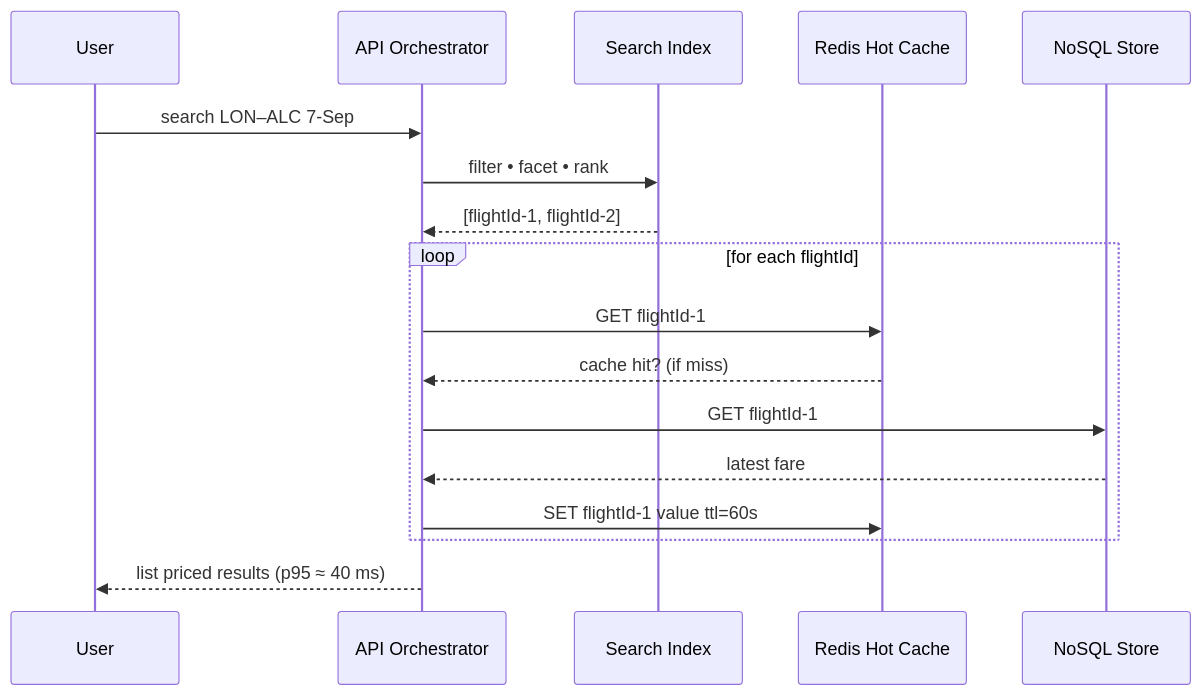
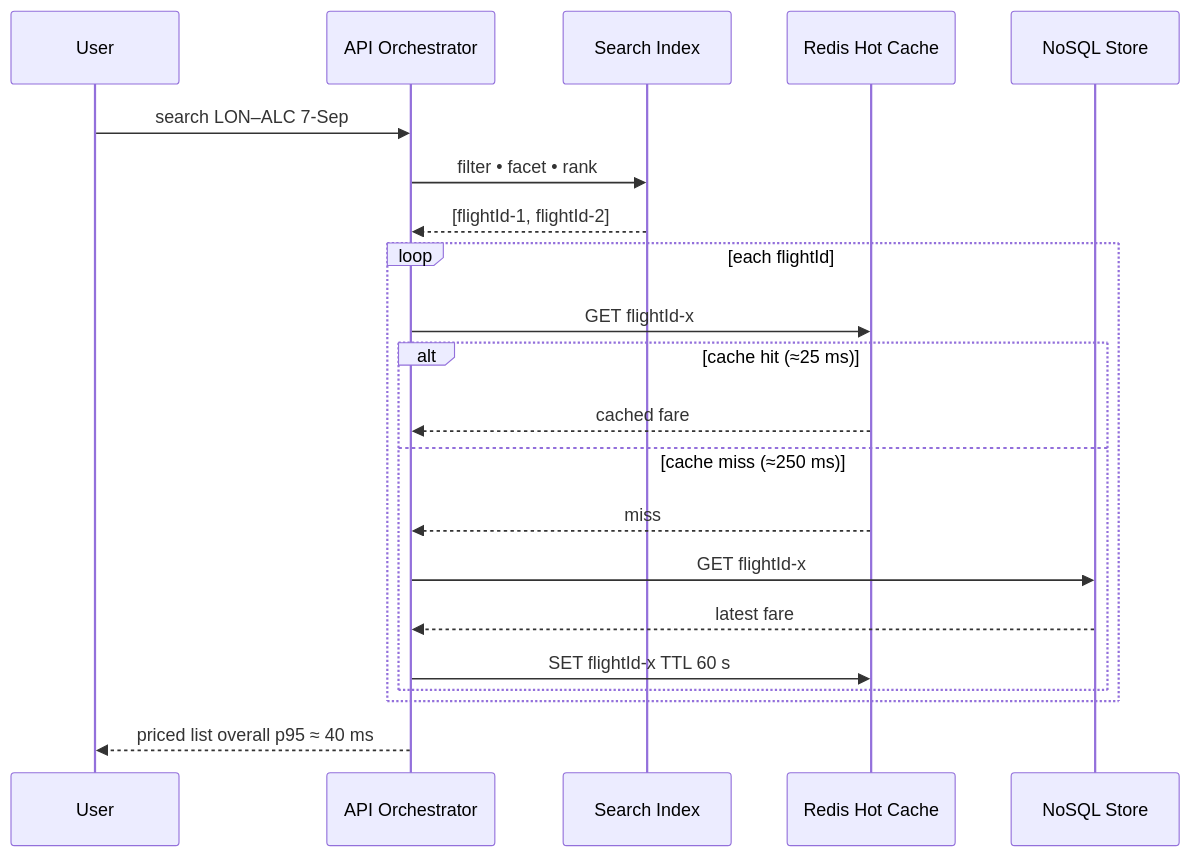
Before and after one commit to tvergilio/enterprise-streaming-architecture: the diagram in source/search-request-sequence.mmd, drawn with Mermaid. The commit also changed 1 other file, not shown here.

Commit message:
Refactored search request sequence diagram to clarify caching behavior

```diff
--- a/source/search-request-sequence.mmd
+++ b/source/search-request-sequence.mmd
@@ -1,18 +1,24 @@
 sequenceDiagram
   participant U as User
   participant API as API Orchestrator
   participant IDX as Search Index
   participant R as Redis Hot Cache
   participant N as NoSQL Store
 
   U->>API: search LON–ALC 7-Sep
   API->>IDX: filter • facet • rank
   IDX-->>API: [flightId-1, flightId-2]
-  loop for each flightId
-    API->>R: GET flightId-1
-    R-->>API: cache hit? (if miss)
-    API->>N: GET flightId-1
-    N-->>API: latest fare
-    API->>R: SET flightId-1 value ttl=60s
+
+  loop each flightId
+    API->>R: GET flightId-x
+    alt cache hit (≈25 ms)
+      R-->>API: cached fare
+    else cache miss (≈250 ms)
+      R-->>API: miss
+      API->>N: GET flightId-x
+      N-->>API: latest fare
+      API->>R: SET flightId-x TTL 60 s
+    end
   end
-  API-->>U: list priced results (p95 ≈ 40 ms)
+
+  API-->>U: priced list  overall p95 ≈ 40 ms
```
